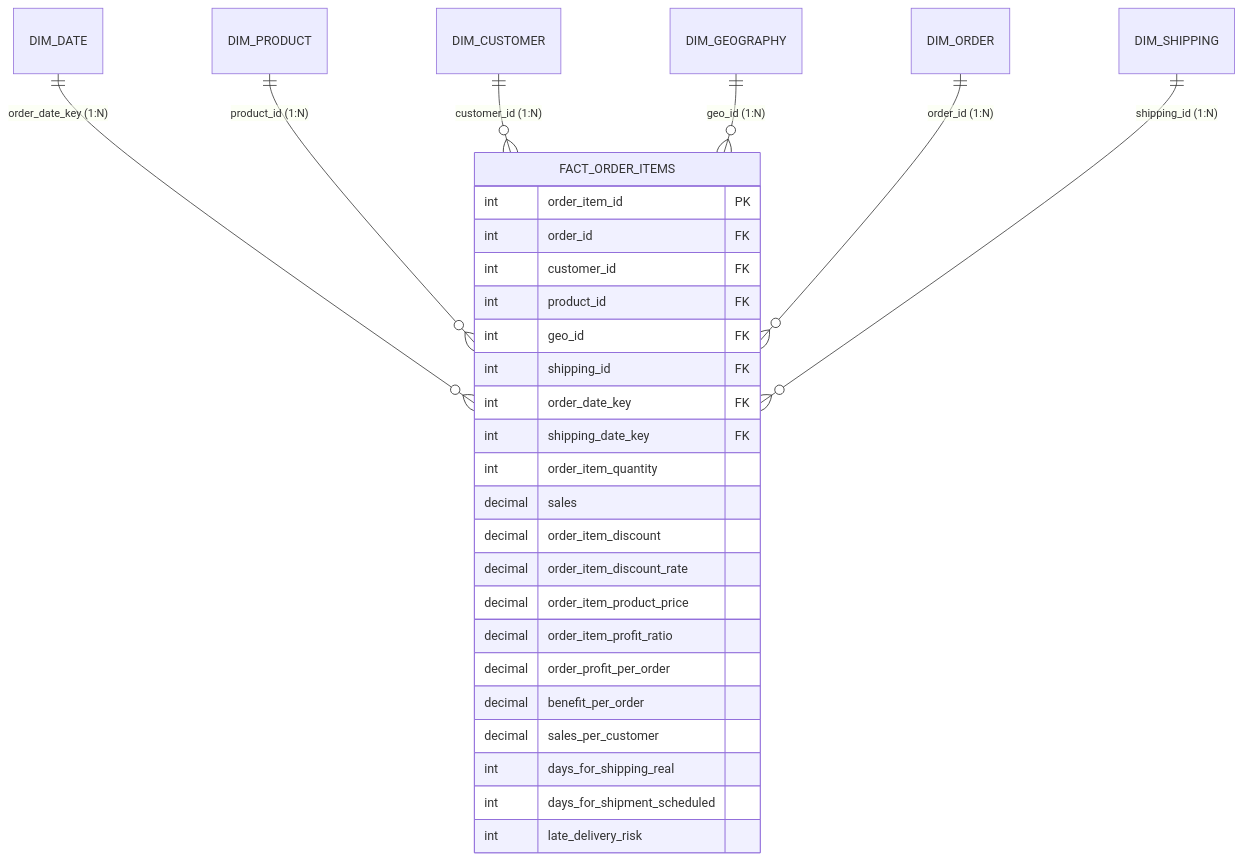
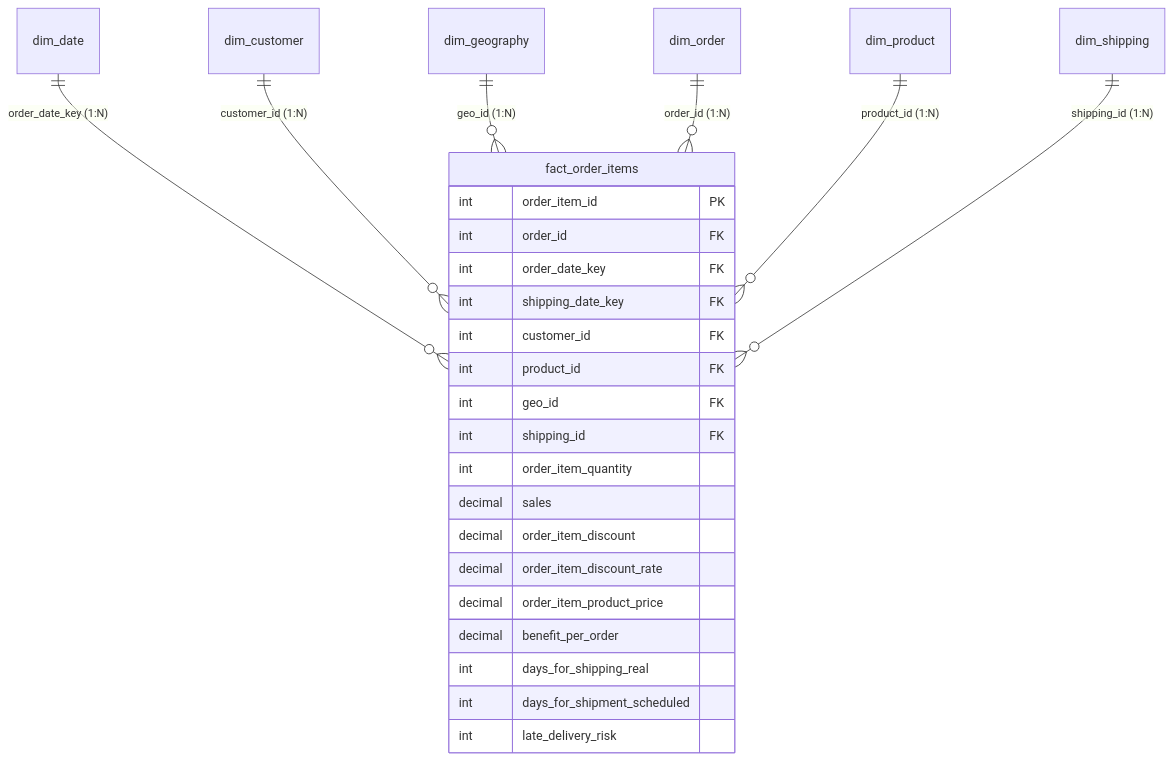
The diagram in README.md (mhmd-ebrahim-1/supply-chain-analytics), drawn with Mermaid before and after one commit. The commit also changed other lines of this file and 87 other files, not shown here.

Commit message:
refactor: clean repo architecture, remove redundant scripts, and polish documentation

````diff
--- a/README.md
+++ b/README.md
@@ -68,32 +31,29 @@
 ```mermaid
 erDiagram
-    DIM_DATE ||--o{ FACT_ORDER_ITEMS : "order_date_key (1:N)"
-    DIM_PRODUCT ||--o{ FACT_ORDER_ITEMS : "product_id (1:N)"
-    DIM_CUSTOMER ||--o{ FACT_ORDER_ITEMS : "customer_id (1:N)"
-    DIM_GEOGRAPHY ||--o{ FACT_ORDER_ITEMS : "geo_id (1:N)"
-    DIM_ORDER ||--o{ FACT_ORDER_ITEMS : "order_id (1:N)"
-    DIM_SHIPPING ||--o{ FACT_ORDER_ITEMS : "shipping_id (1:N)"
+    dim_date ||--o{ fact_order_items : "order_date_key (1:N)"
+    dim_customer ||--o{ fact_order_items : "customer_id (1:N)"
+    dim_geography ||--o{ fact_order_items : "geo_id (1:N)"
+    dim_order ||--o{ fact_order_items : "order_id (1:N)"
+    dim_product ||--o{ fact_order_items : "product_id (1:N)"
+    dim_shipping ||--o{ fact_order_items : "shipping_id (1:N)"
 
-    FACT_ORDER_ITEMS {
+    fact_order_items {
         int order_item_id PK
         int order_id FK
+        int order_date_key FK
+        int shipping_date_key FK
         int customer_id FK
         int product_id FK
         int geo_id FK
         int shipping_id FK
-        int order_date_key FK
-        int shipping_date_key FK
         int order_item_quantity
         decimal sales
         decimal order_item_discount
         decimal order_item_discount_rate
         decimal order_item_product_price
-        decimal order_item_profit_ratio
-        decimal order_profit_per_order
         decimal benefit_per_order
-        decimal sales_per_customer
         int days_for_shipping_real
         int days_for_shipment_scheduled
         int late_delivery_risk
     }
 ```
````
